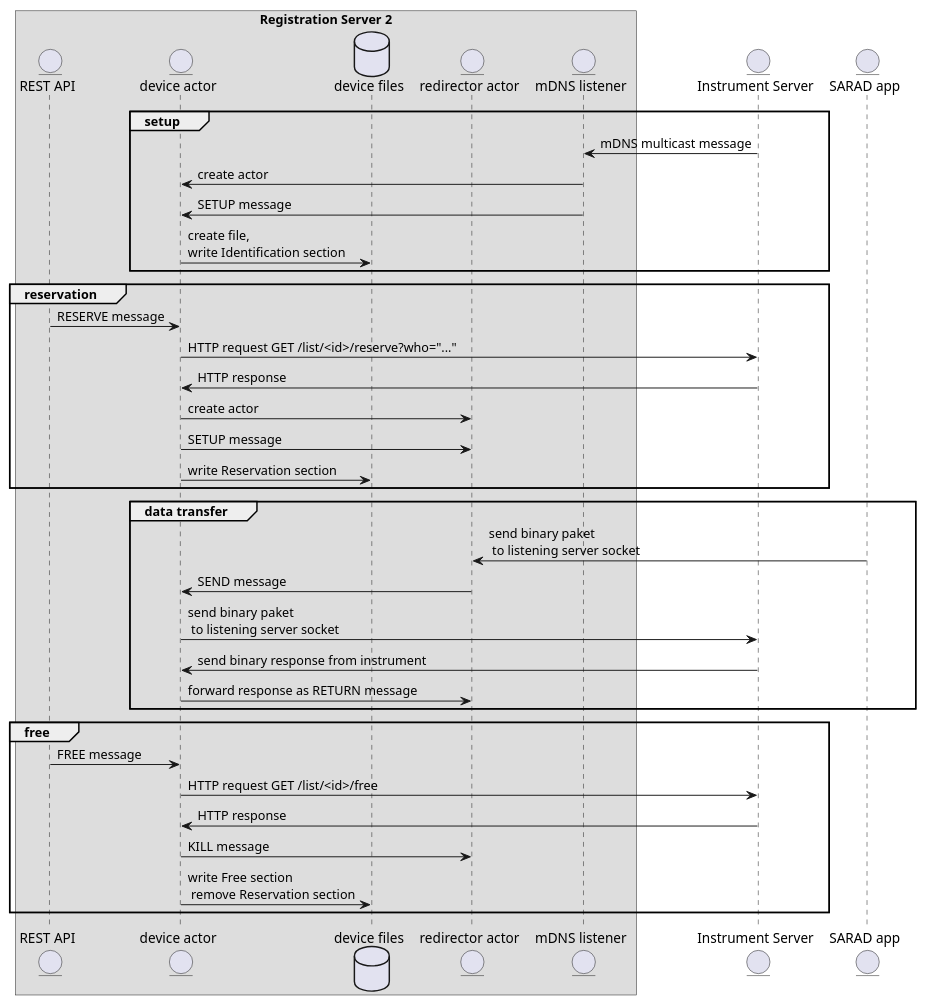
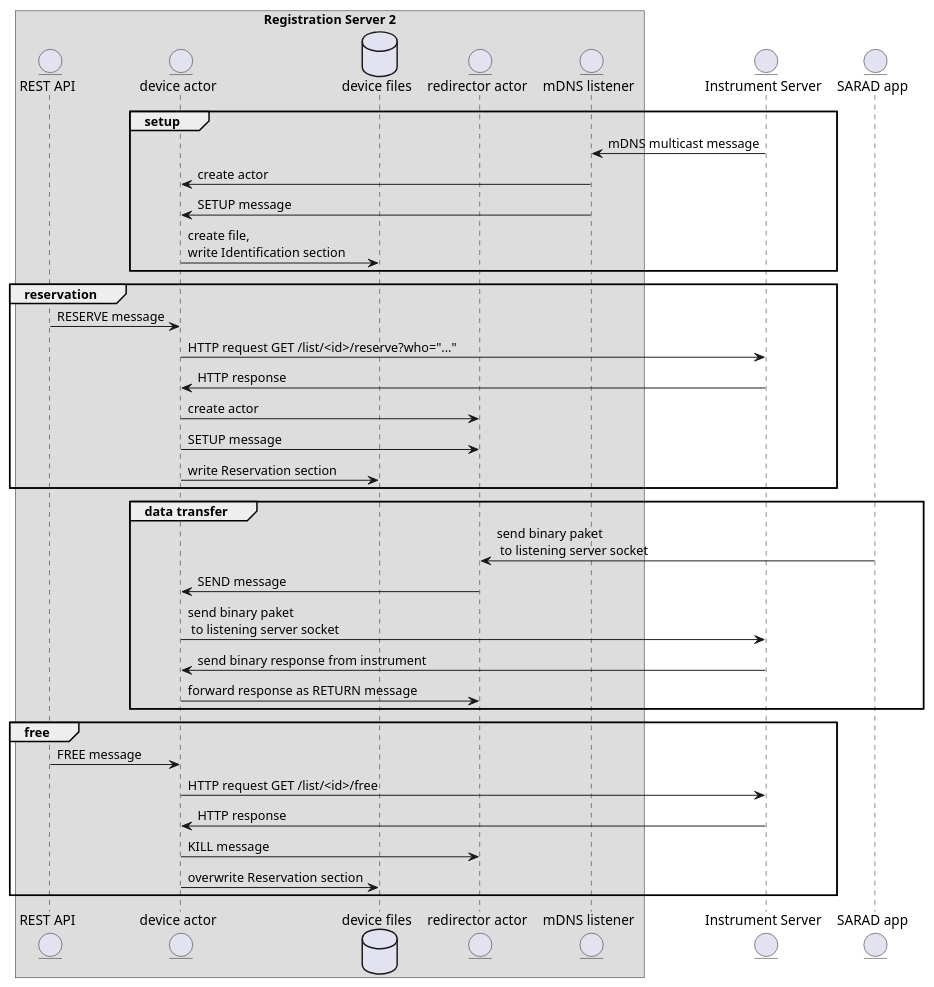
The diagram in doc/source/uml-rfc2217_actor.puml (SARAD-GmbH/RegServer), drawn with PlantUML before and after one commit. The commit also changed 8 other files, not shown here.

```diff
--- a/doc/source/uml-rfc2217_actor.puml
+++ b/doc/source/uml-rfc2217_actor.puml
@@ -1,40 +1,40 @@
 @startuml
 box "Registration Server 2"
 	      entity "REST API" as api
 	      entity "device actor" as deviceactor
         database "device files" as files
         entity "redirector actor" as redirector
         entity "mDNS listener" as listener
 end box
 entity "Instrument Server" as is
 entity "SARAD app" as app
 
 group setup
         is -> listener: mDNS multicast message
         listener -> deviceactor: create actor
         listener -> deviceactor: SETUP message
         deviceactor -> files: create file,\nwrite Identification section
 end
 group reservation
 	      api -> deviceactor: RESERVE message
         deviceactor -> is: HTTP request GET /list/<id>/reserve?who="..."
         is -> deviceactor: HTTP response
         deviceactor -> redirector: create actor
         deviceactor -> redirector: SETUP message
         deviceactor -> files: write Reservation section
 end
 group data transfer
 	      app -> redirector: send binary paket\n to listening server socket
         redirector -> deviceactor: SEND message
         deviceactor -> is: send binary paket\n to listening server socket
         is -> deviceactor: send binary response from instrument
         deviceactor -> redirector: forward response as RETURN message
 end
 group free
 	      api -> deviceactor: FREE message
         deviceactor -> is: HTTP request GET /list/<id>/free
         is -> deviceactor: HTTP response
         deviceactor -> redirector: KILL message
-        deviceactor -> files: write Free section\n remove Reservation section
+        deviceactor -> files: overwrite Reservation section
 end
 @enduml
```
